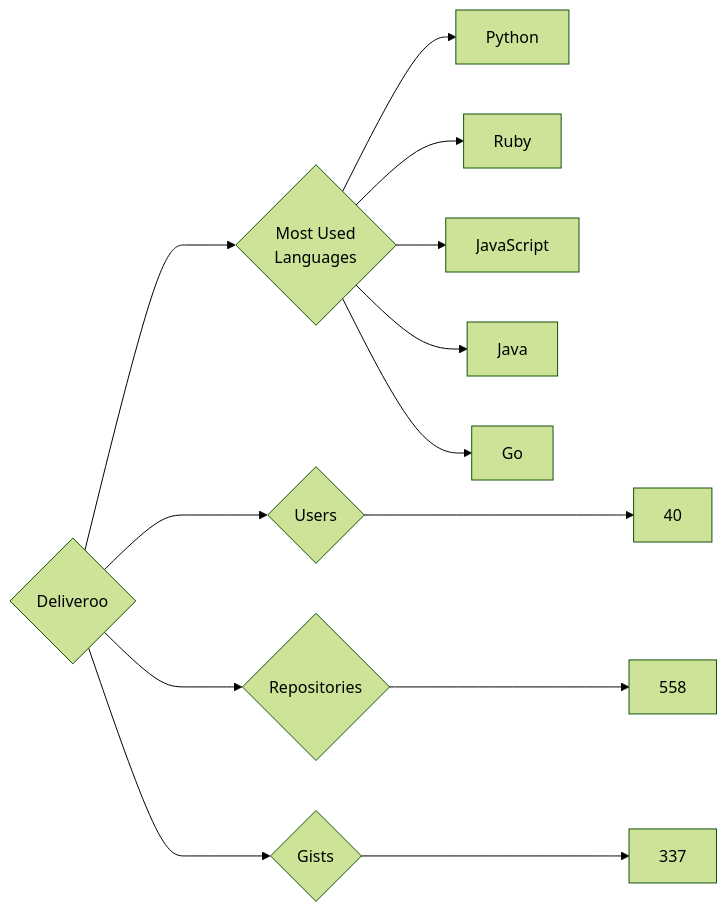
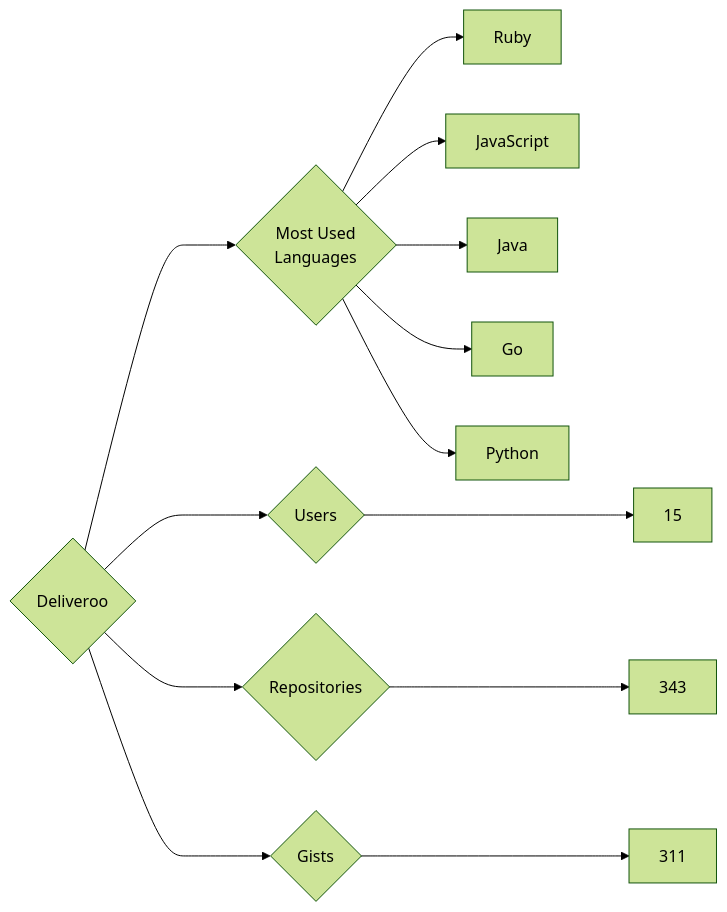
One commit to trickest/insiders changed the diagram in targets/Deliveroo/README.md. Above: the diagram before and after it, drawn with Mermaid (forest theme). The commit also changed 772 other files, not shown here.

````diff
--- a/targets/Deliveroo/README.md
+++ b/targets/Deliveroo/README.md
@@ -3,13 +3,13 @@
 ```mermaid
 graph LR
 COMPANY_NAME{Deliveroo}
-COMPANY_NAME ---> U{Users} ---> UN[40]
-COMPANY_NAME ---> R{Repositories} ---> RN[558]
-COMPANY_NAME ---> G{Gists} ---> GN[337]
+COMPANY_NAME ---> U{Users} ---> UN[15]
+COMPANY_NAME ---> R{Repositories} ---> RN[343]
+COMPANY_NAME ---> G{Gists} ---> GN[311]
 COMPANY_NAME ---> ML{Most Used<br>Languages}
-ML --> Python[Python]
 ML --> Ruby[Ruby]
 ML --> JavaScript[JavaScript]
 ML --> Java[Java]
 ML --> Go[Go]
+ML --> Python[Python]
 ```
````
